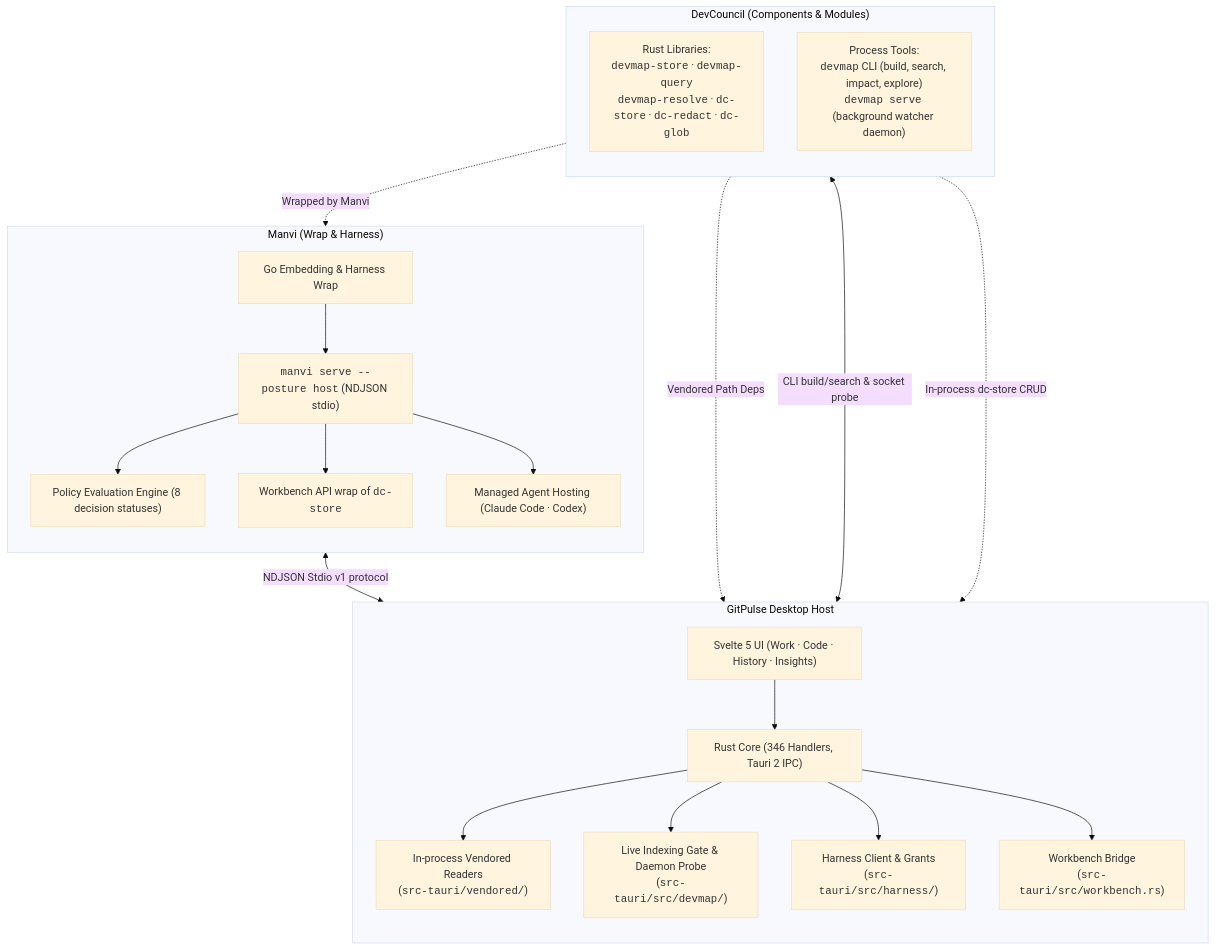
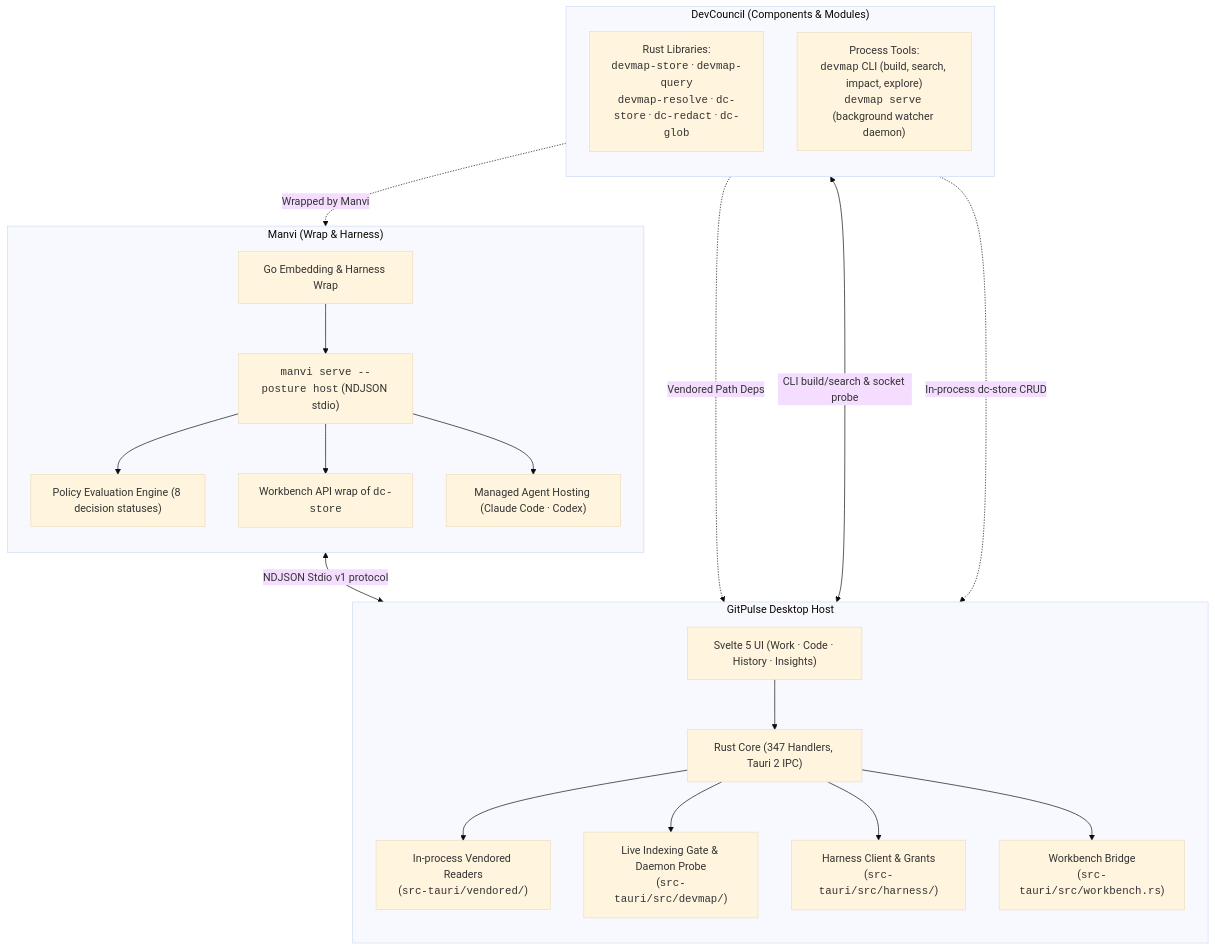
The first of 3 diagrams in docs/MODULE_INTEGRATION.md (bharathvbcr/GitPulse), drawn with Mermaid (base theme) before and after one commit. The commit also changed 21 other files, not shown here.

````diff
--- a/docs/MODULE_INTEGRATION.md
+++ b/docs/MODULE_INTEGRATION.md
@@ -40,43 +40,43 @@
 ```mermaid
 flowchart TD
     subgraph DevCouncil["DevCouncil (Components & Modules)"]
         direction TB
         DCLibs["Rust Libraries:<br/><code>devmap-store</code> · <code>devmap-query</code><br/><code>devmap-resolve</code> · <code>dc-store</code> · <code>dc-redact</code> · <code>dc-glob</code>"]
         DCCLI["Process Tools:<br/><code>devmap</code> CLI (build, search, impact, explore)<br/><code>devmap serve</code> (background watcher daemon)"]
     end
 
     subgraph Manvi["Manvi (Wrap & Harness)"]
         direction TB
         ManviWrap["Go Embedding & Harness Wrap"]
         ManviSidecar["<code>manvi serve --posture host</code> (NDJSON stdio)"]
         ManviPolicy["Policy Evaluation Engine (8 decision statuses)"]
         ManviWorkbench["Workbench API wrap of <code>dc-store</code>"]
         ManviAgents["Managed Agent Hosting (Claude Code · Codex)"]
         ManviWrap --> ManviSidecar
         ManviSidecar --> ManviPolicy
         ManviSidecar --> ManviWorkbench
         ManviSidecar --> ManviAgents
     end
 
     subgraph GitPulseHost["GitPulse Desktop Host"]
         direction TB
         UIHost["Svelte 5 UI (Work · Code · History · Insights)"]
-        RustIPC["Rust Core (346 Handlers, Tauri 2 IPC)"]
+        RustIPC["Rust Core (347 Handlers, Tauri 2 IPC)"]
         InProcessReaders["In-process Vendored Readers<br/>(<code>src-tauri/vendored/</code>)"]
         CLIGate["Live Indexing Gate & Daemon Probe<br/>(<code>src-tauri/src/devmap/</code>)"]
         HarnessClient["Harness Client & Grants<br/>(<code>src-tauri/src/harness/</code>)"]
         WorkbenchCmd["Workbench Bridge<br/>(<code>src-tauri/src/workbench.rs</code>)"]
 
         UIHost --> RustIPC
         RustIPC --> InProcessReaders
         RustIPC --> CLIGate
         RustIPC --> HarnessClient
         RustIPC --> WorkbenchCmd
     end
 
     DCLibs -.->|Vendored Path Deps| InProcessReaders
     DCCLI <-->|CLI build/search & socket probe| CLIGate
     DCLibs -.->|Wrapped by Manvi| ManviWorkbench
     ManviSidecar <-->|NDJSON Stdio v1 protocol| HarnessClient
     DCLibs -.->|In-process dc-store CRUD| WorkbenchCmd
 ```
````
